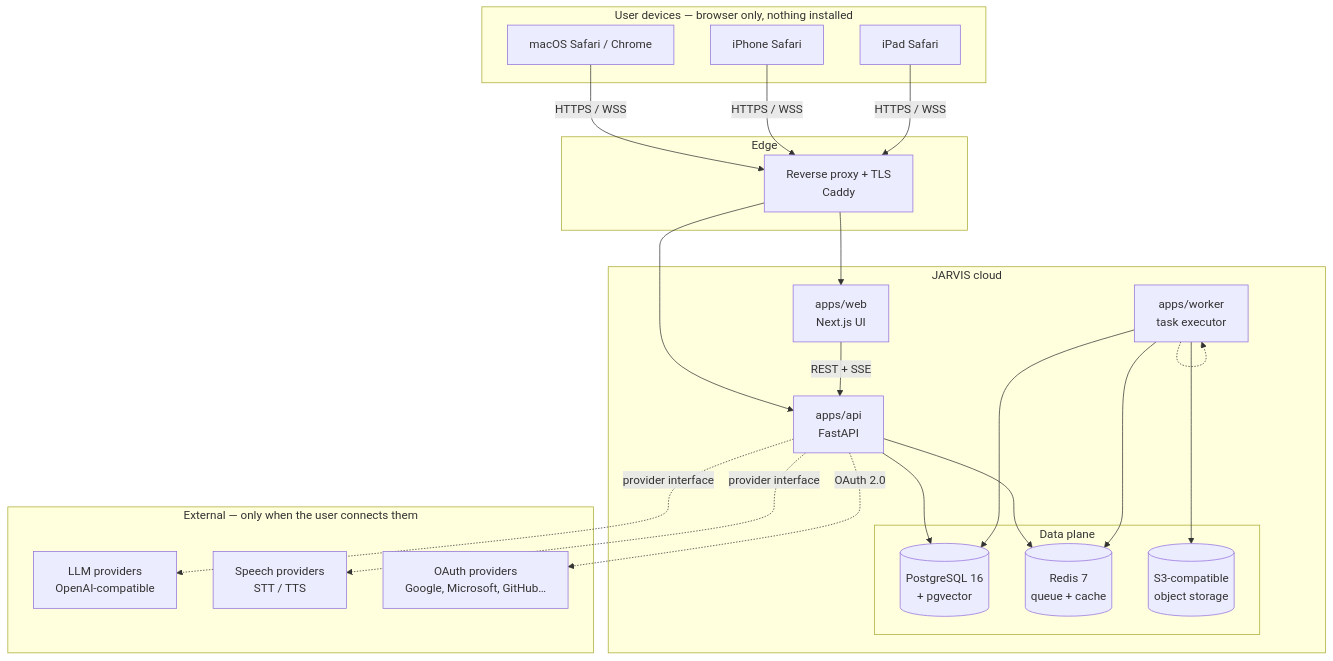
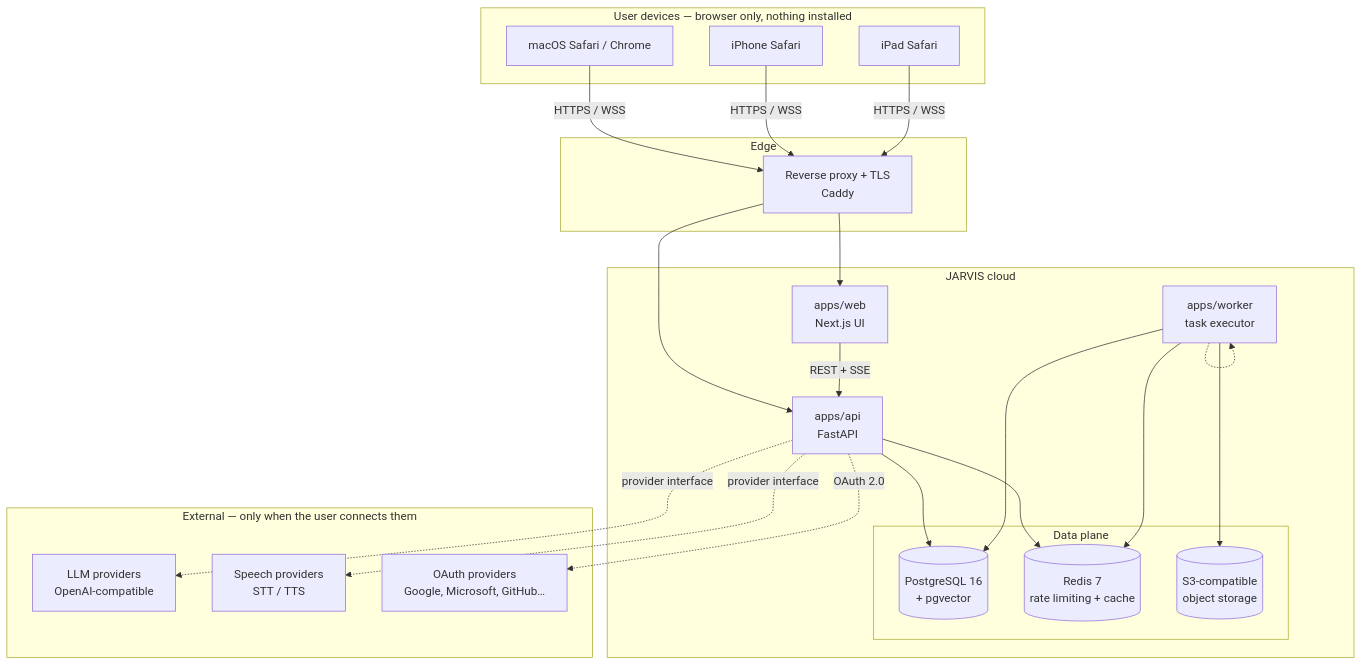
Before and after one commit to Abhishekpan731/Jarvis: the first of 3 diagrams in docs/architecture/ARCHITECTURE.md, drawn with Mermaid. The commit also changed other lines of this file, not shown here.

First line of the commit message:
docs(architecture): correct stale Redis-as-queue and package-layout claims

````diff
--- a/docs/architecture/ARCHITECTURE.md
+++ b/docs/architecture/ARCHITECTURE.md
@@ -33,39 +33,39 @@
 ```mermaid
 flowchart TB
     subgraph devices ["User devices — browser only, nothing installed"]
         mac["macOS Safari / Chrome"]
         iphone["iPhone Safari"]
         ipad["iPad Safari"]
     end
 
     subgraph edge ["Edge"]
         proxy["Reverse proxy + TLS<br/>Caddy"]
     end
 
     subgraph app ["JARVIS cloud"]
         web["apps/web<br/>Next.js UI"]
         api["apps/api<br/>FastAPI"]
         worker["apps/worker<br/>task executor"]
         subgraph data ["Data plane"]
             pg[("PostgreSQL 16<br/>+ pgvector")]
-            redis[("Redis 7<br/>queue + cache")]
+            redis[("Redis 7<br/>rate limiting + cache")]
             s3[("S3-compatible<br/>object storage")]
         end
     end
 
     subgraph external ["External — only when the user connects them"]
         llm["LLM providers<br/>OpenAI-compatible"]
         speech["Speech providers<br/>STT / TTS"]
         oauth["OAuth providers<br/>Google, Microsoft, GitHub…"]
     end
 
     mac & iphone & ipad -->|HTTPS / WSS| proxy
     proxy --> web
     proxy --> api
     web -->|REST + SSE| api
     api --> pg & redis
     worker --> pg & redis & s3
     api -.->|provider interface| llm & speech
     api -.->|OAuth 2.0| oauth
     worker -.-> worker
 ```
````
